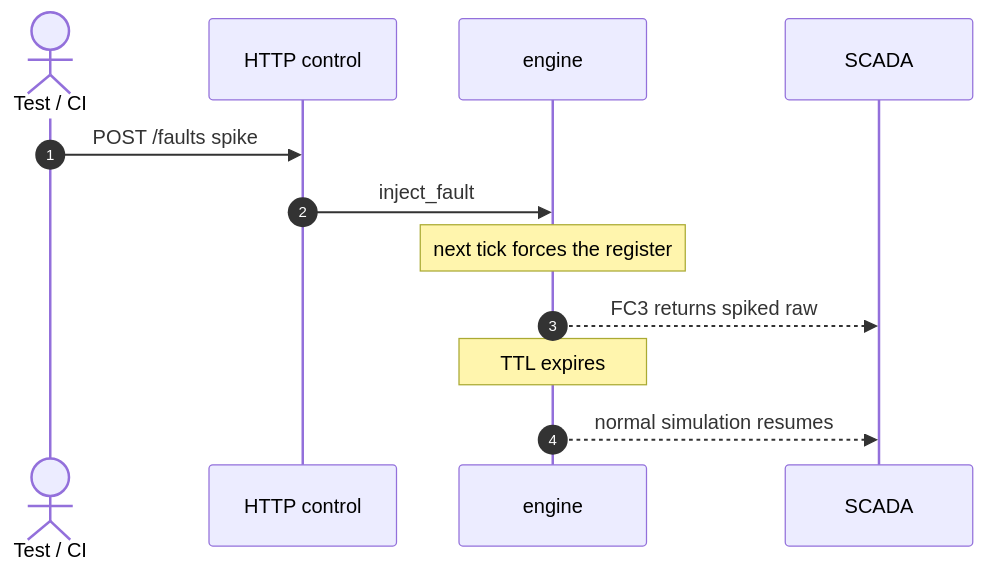
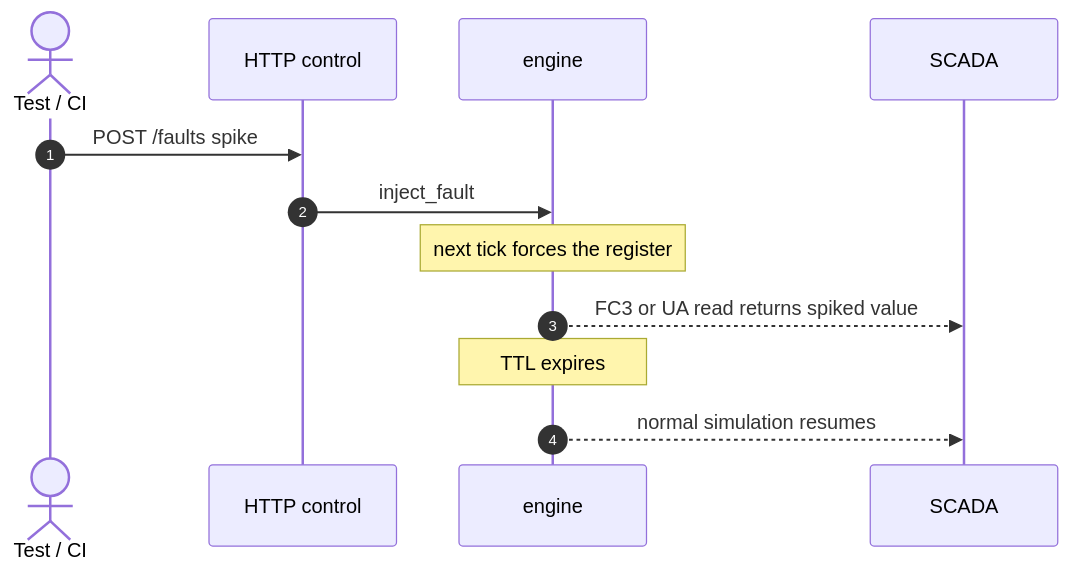
Before and after one commit to obsidia-systems/simbus: the fourth of 5 diagrams in README.md, drawn with Mermaid. The commit also changed other lines of this file and 8 other files, not shown here.

````diff
--- a/README.md
+++ b/README.md
@@ -442,14 +448,14 @@
 ```mermaid
 sequenceDiagram
     autonumber
     actor Test as Test / CI
     participant API as HTTP control
     participant Engine as engine
     participant SCADA as SCADA
     Test->>API: POST /faults spike
     API->>Engine: inject_fault
     Note over Engine: next tick forces the register
-    Engine-->>SCADA: FC3 returns spiked raw
+    Engine-->>SCADA: FC3 or UA read returns spiked value
     Note over Engine: TTL expires
     Engine-->>SCADA: normal simulation resumes
 ```
````
